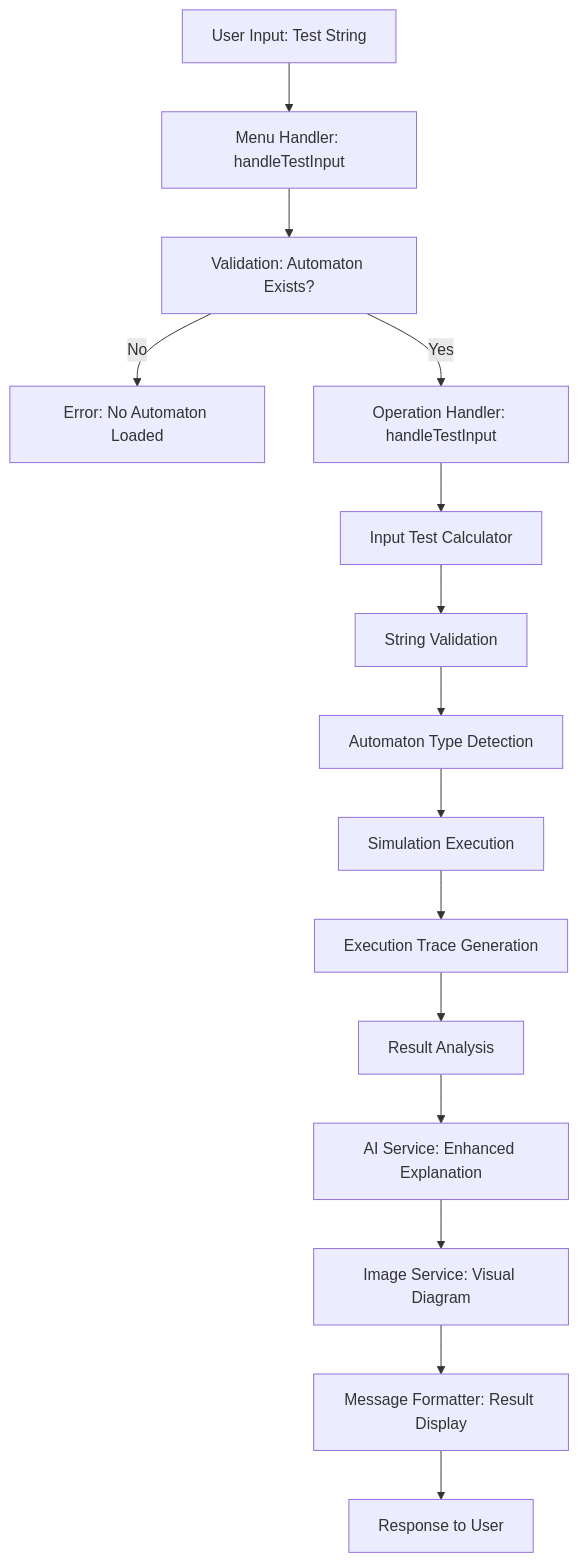
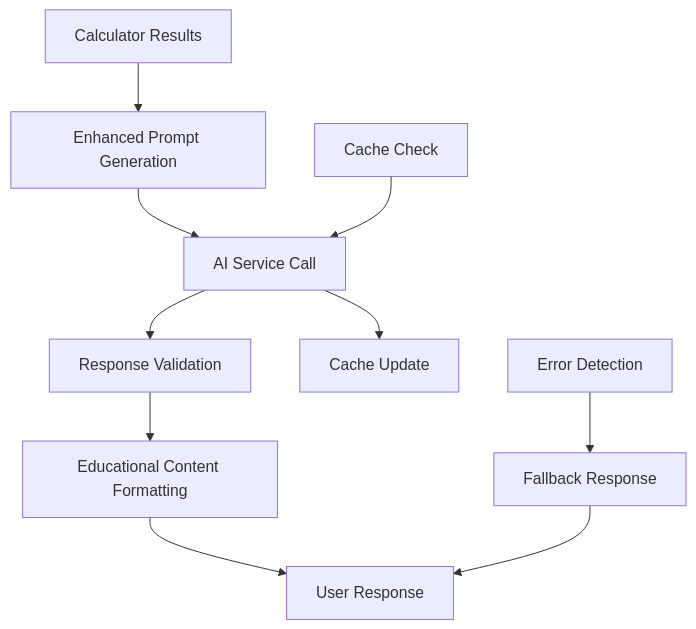
The second of 2 diagrams in API_Integration_and_Test_Input_Report.md (Choeng-Rayu/Project-Automata), drawn with Mermaid before and after one commit. The commit also changed other lines of this file, not shown here.

````diff
--- a/API_Integration_and_Test_Input_Report.md
+++ b/API_Integration_and_Test_Input_Report.md
@@ -242,17 +285,14 @@
 ```mermaid
 graph TD
-    A[User Input: Test String] --> B[Menu Handler: handleTestInput]
-    B --> C[Validation: Automaton Exists?]
-    C -->|No| D[Error: No Automaton Loaded]
-    C -->|Yes| E[Operation Handler: handleTestInput]
-    E --> F[Input Test Calculator]
-    F --> G[String Validation]
-    G --> H[Automaton Type Detection]
-    H --> I[Simulation Execution]
-    I --> J[Execution Trace Generation]
-    J --> K[Result Analysis]
-    K --> L[AI Service: Enhanced Explanation]
-    L --> M[Image Service: Visual Diagram]
-    M --> N[Message Formatter: Result Display]
-    N --> O[Response to User]
+    A[Calculator Results] --> B[Enhanced Prompt Generation]
+    B --> C[AI Service Call]
+    C --> D[Response Validation]
+    D --> E[Educational Content Formatting]
+    E --> F[User Response]
+    
+    G[Cache Check] --> C
+    C --> H[Cache Update]
+    
+    I[Error Detection] --> J[Fallback Response]
+    J --> F
 ```
````
